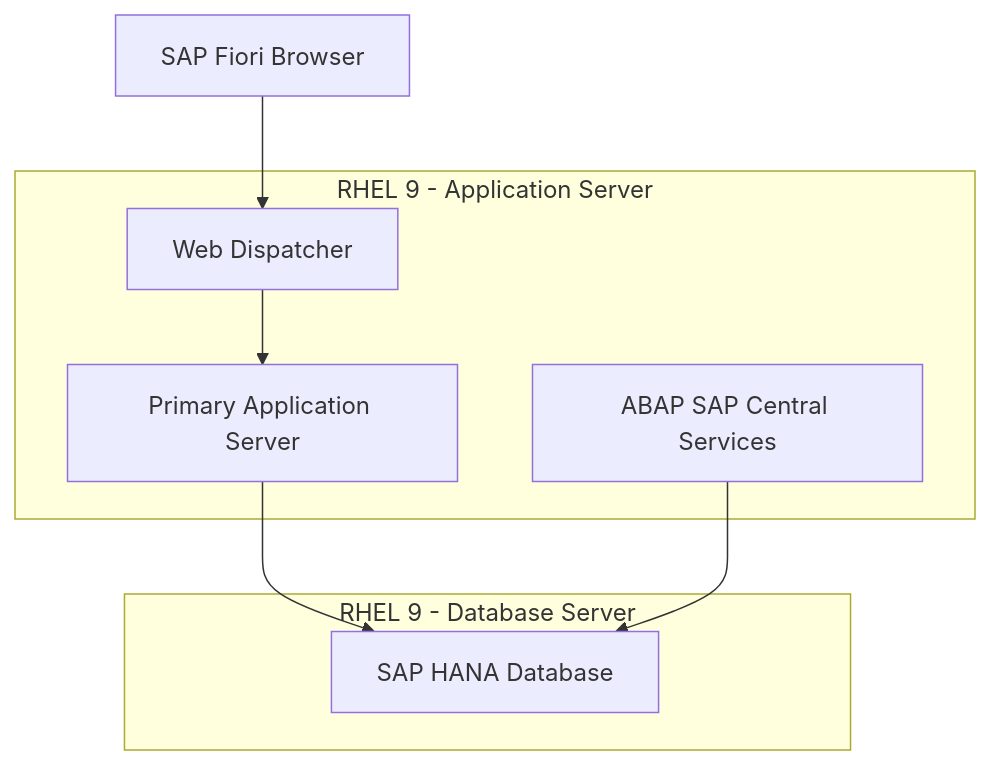
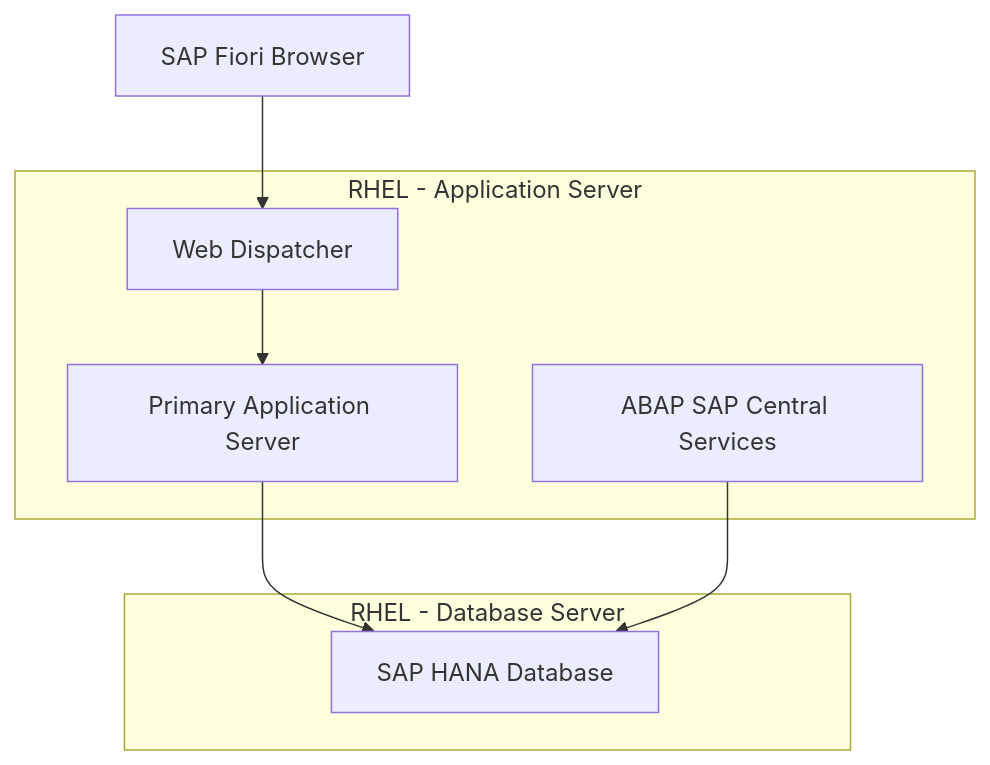
The diagram in posts/2026-03-04-set-up-sap-s4hana-rhel-9/README.md (OneUptime/blog), drawn with Mermaid before and after one commit. The commit also changed other lines of this file and 4866 other files, not shown here.

````diff
--- a/posts/2026-03-04-set-up-sap-s4hana-rhel-9/README.md
+++ b/posts/2026-03-04-set-up-sap-s4hana-rhel-9/README.md
@@ -15,15 +15,15 @@
 ```mermaid
 graph TB
-    subgraph "RHEL 9 - Database Server"
+    subgraph "RHEL - Database Server"
         HANA[SAP HANA Database]
     end
-    subgraph "RHEL 9 - Application Server"
+    subgraph "RHEL - Application Server"
         ASCS[ABAP SAP Central Services]
         PAS[Primary Application Server]
         WD[Web Dispatcher]
     end
     Client[SAP Fiori Browser] --> WD
     WD --> PAS
     PAS --> HANA
     ASCS --> HANA
 ```
````
